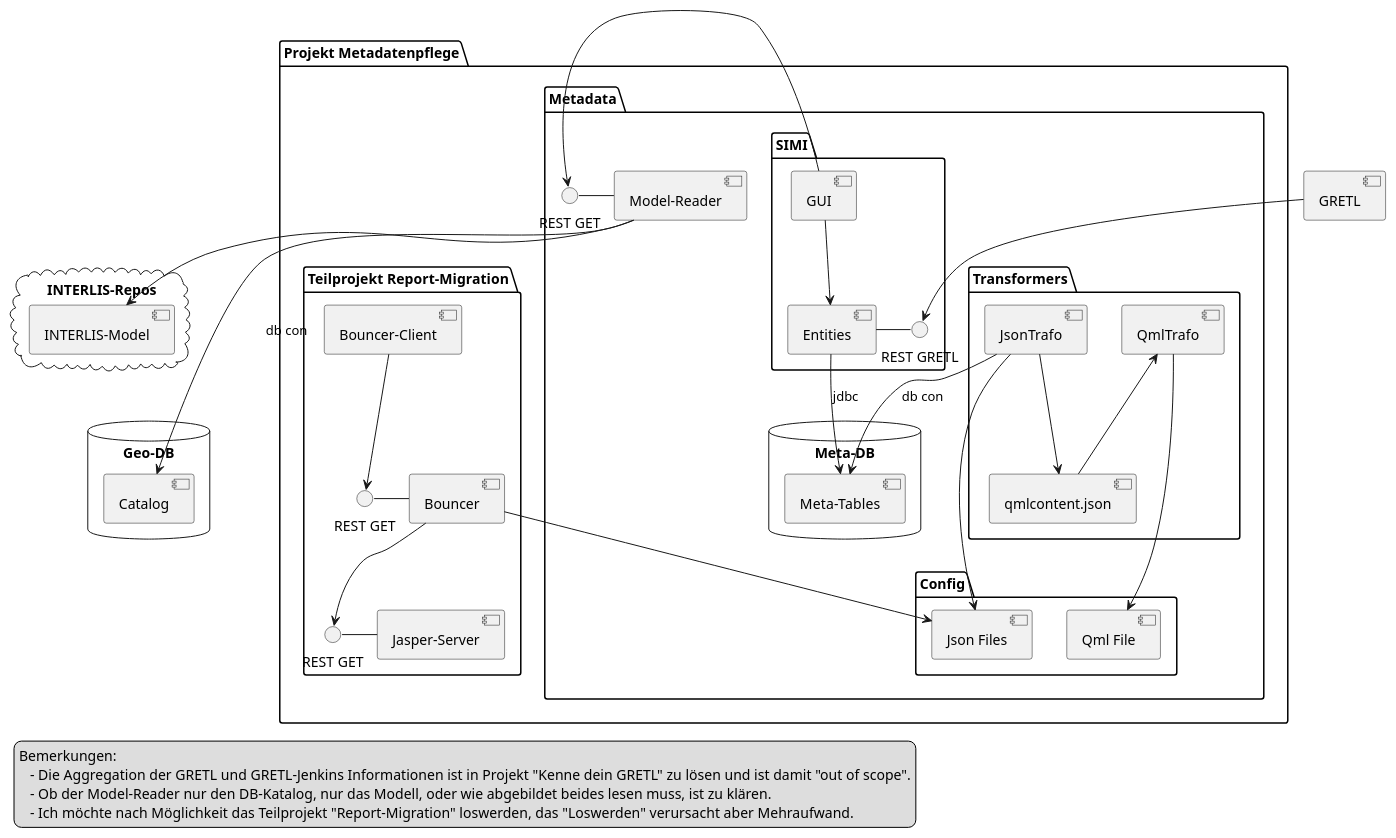
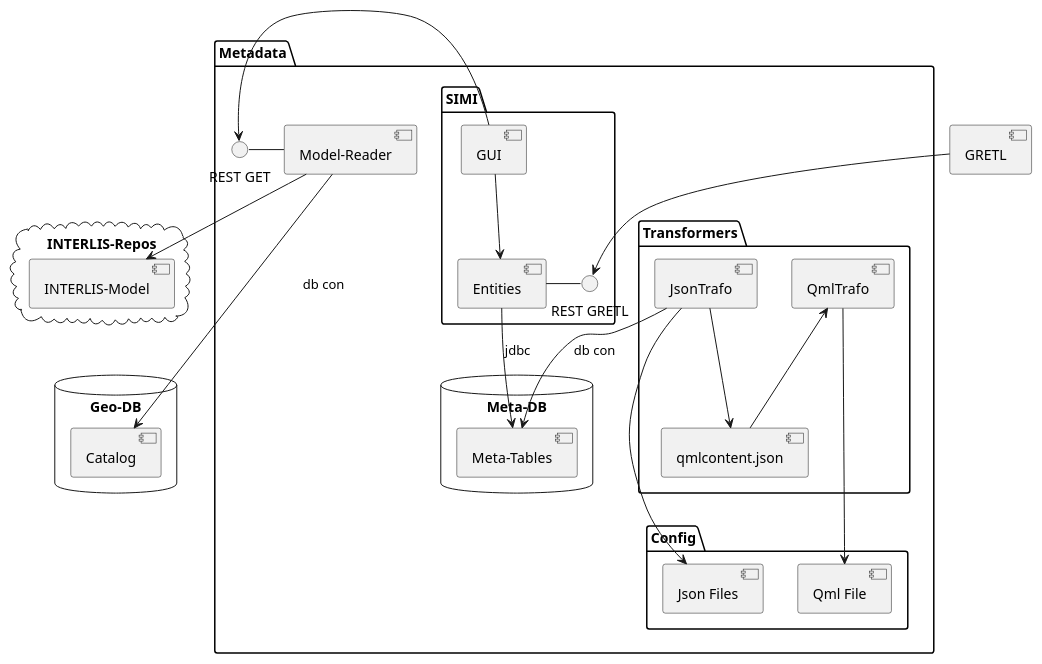
One commit to ojeker/simi changed the diagram in puml/src/components.puml. Above: the diagram before and after it, drawn with PlantUML. The commit also changed 1 other file, not shown here.

Commit message:
bouncer out of scope

```diff
--- a/puml/src/components.puml
+++ b/puml/src/components.puml
@@ -1,84 +1,61 @@
 @startuml
-package "Projekt Metadatenpflege" {
-    package "Metadata" {
-        package "Transformers" {
-            [JsonTrafo] as jt
-            [QmlTrafo] as qt
-            [qmlcontent.json] as qj
 
-            jt --> qj
-            qj -up-> qt
-        }
+package "Metadata" {
+    package "Transformers" {
+        [JsonTrafo] as jt
+        [QmlTrafo] as qt
+        [qmlcontent.json] as qj
 
-        package "Config" {
-            [Json Files] as json
-            [Qml File] as qml
-        }
-
-        package "SIMI" {
-            [GUI] as gui
-            [Entities] as class
-            () "REST GRETL" as gi
-
-            gui --> class
-            gi - class
-        }
-
-        database "Meta-DB" {
-            [Meta-Tables] as mdb
-        }
-
-		together {
-          [Model-Reader] as mr
-          () "REST GET" as mri
-          mr - mri
-        }
-        gui -left-> mri
-
-        class --> mdb : jdbc
-        jt --> mdb : db con
-
-        jt --> json
-        qt --> qml
+        jt --> qj
+        qj -up-> qt
     }
 
-    package "Teilprojekt Report-Migration"{
-        [Bouncer-Client] as client
+    package "Config" {
+        [Json Files] as json
+        [Qml File] as qml
+    }
 
-        [Bouncer] as bouncer
-        () "REST GET" as bi
-        bi - bouncer
+    package "SIMI" {
+        [GUI] as gui
+        [Entities] as class
+        () "REST GRETL" as gi
 
-        [Jasper-Server] as jasper
-        () "REST GET" as ji
-        ji - jasper
+        gui --> class
+        gi - class
+    }
 
-        client --> bi
-        bouncer --> json
-        bouncer --> ji
+    database "Meta-DB" {
+        [Meta-Tables] as mdb
     }
+
+    together {
+      [Model-Reader] as mr
+      () "REST GET" as mri
+      mr - mri
+    }
+    gui -left-> mri
+
+    class --> mdb : jdbc
+    jt --> mdb : db con
+
+    jt --> json
+    qt --> qml
 }
+
 
 cloud "INTERLIS-Repos" {
     [INTERLIS-Model] as model
 }
 mr --> model
 
 database "Geo-DB" {
     [Catalog] as cat
 }
 mr --> cat : db con
 
 [GRETL] as gretl
 gretl --> gi
 
 qj -[hidden]-> json
 model -[hidden]-> cat
-
-legend left
-	Bemerkungen:
-    - Die Aggregation der GRETL und GRETL-Jenkins Informationen ist in Projekt "Kenne dein GRETL" zu lösen und ist damit "out of scope".
-    - Ob der Model-Reader nur den DB-Katalog, nur das Modell, oder wie abgebildet beides lesen muss, ist zu klären.
-    - Ich möchte nach Möglichkeit das Teilprojekt "Report-Migration" loswerden, das "Loswerden" verursacht aber Mehraufwand.
-endlegend
 @enduml
```
